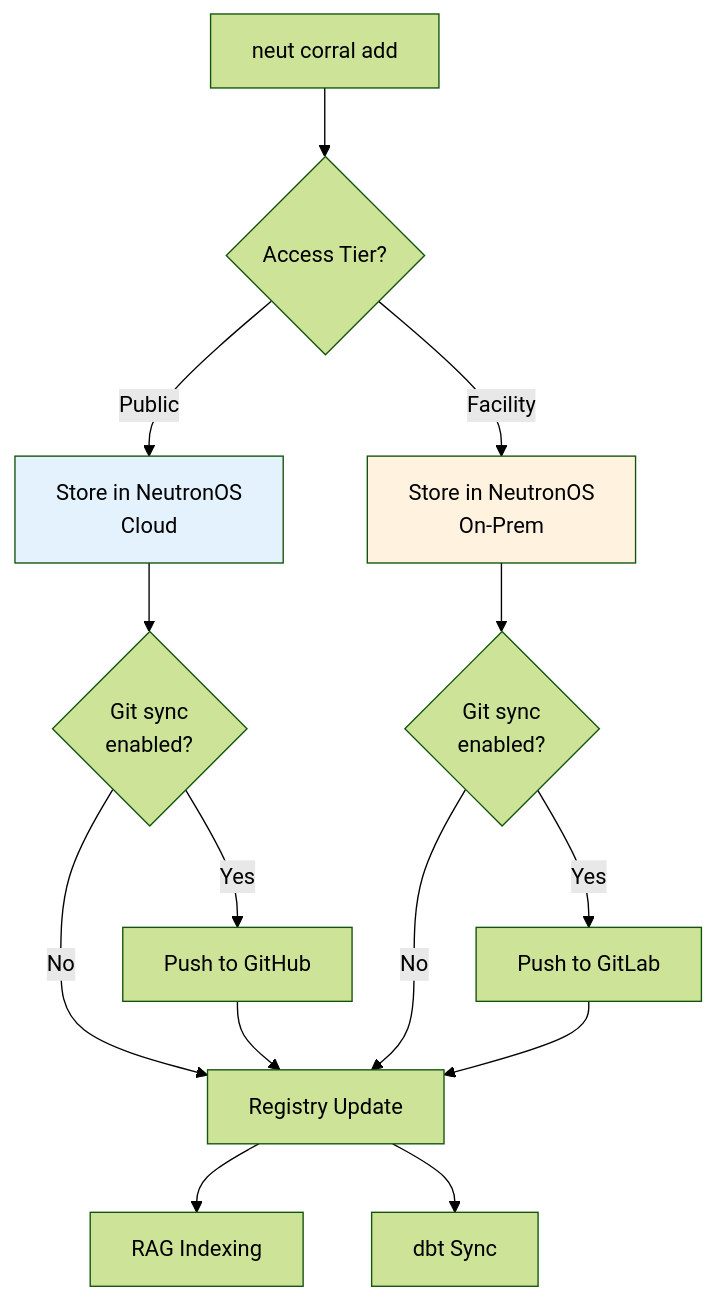
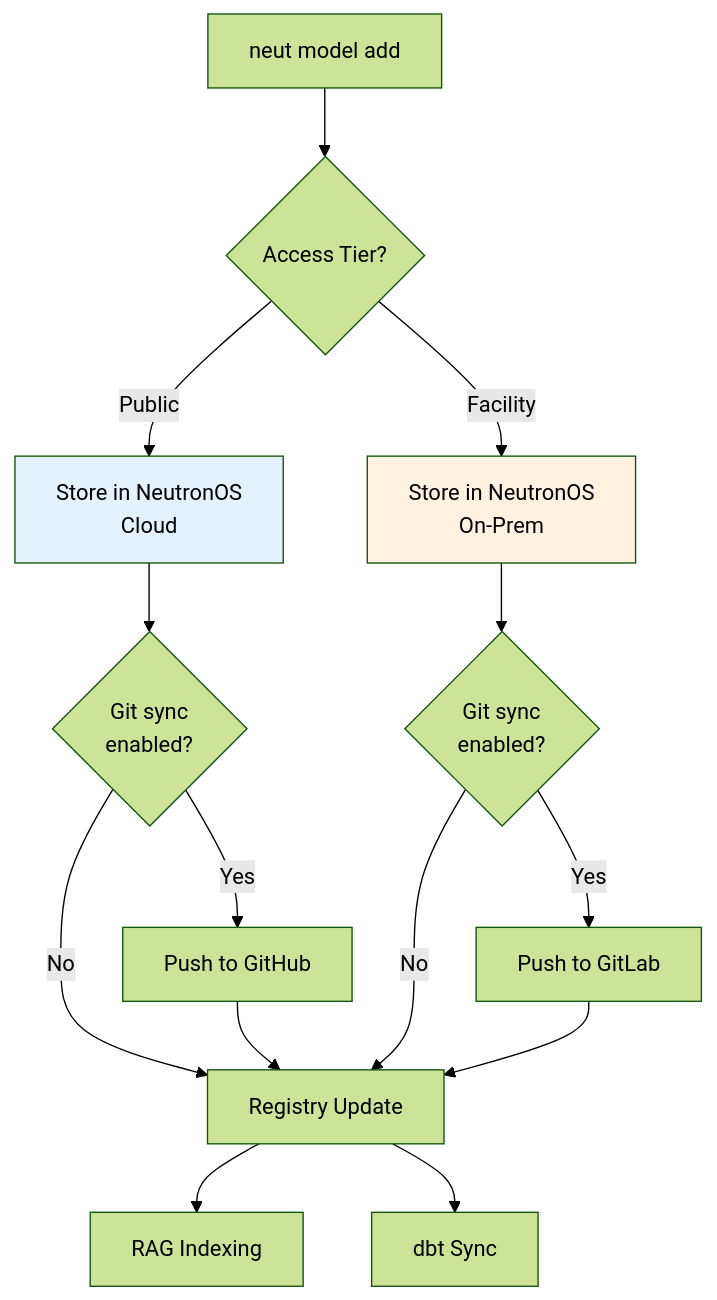
The first of 2 diagrams in docs/requirements/prd-model-corral.md (benjaminbooth/neutron-os-core), drawn with Mermaid (forest theme) before and after one commit. The commit also changed other lines of this file and 8 other files, not shown here.

First line of the commit message:
docs: add glossary, rename neut corral → neut model, align CLI PRD with constituent PRDs

````diff
--- a/docs/requirements/prd-model-corral.md
+++ b/docs/requirements/prd-model-corral.md
@@ -560,25 +560,25 @@
 ```mermaid
 flowchart TD
-    A[neut corral add] --> B{Access Tier?}
+    A[neut model add] --> B{Access Tier?}
     
     B -->|Public| C[Store in NeutronOS<br/>Cloud]
     B -->|Facility| D[Store in NeutronOS<br/>On-Prem]
     
     C --> C2{Git sync<br/>enabled?}
     C2 -->|Yes| C3[Push to GitHub]
     C2 -->|No| I
     C3 --> I
     
     D --> D2{Git sync<br/>enabled?}
     D2 -->|Yes| D3[Push to GitLab]
     D2 -->|No| I
     D3 --> I
     
     I[Registry Update]
     
     I --> J[RAG Indexing]
     I --> K[dbt Sync]
     
     style C fill:#e3f2fd,color:#000000
     style D fill:#fff3e0,color:#000000
 ```
````
